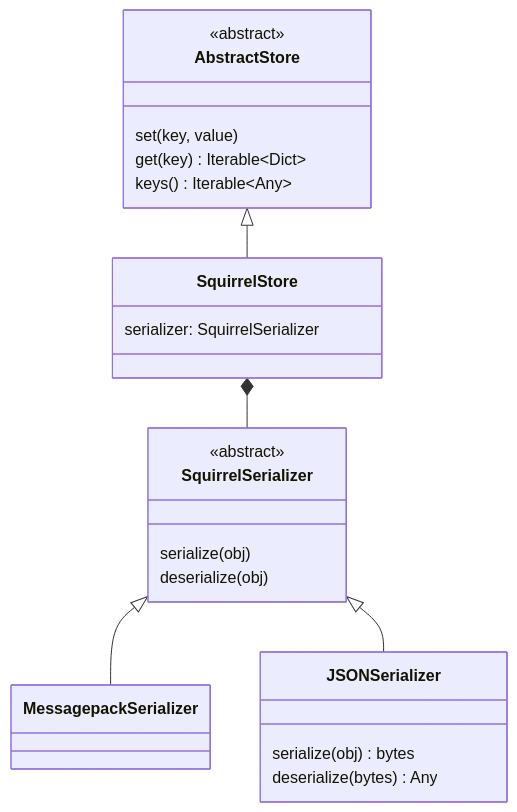
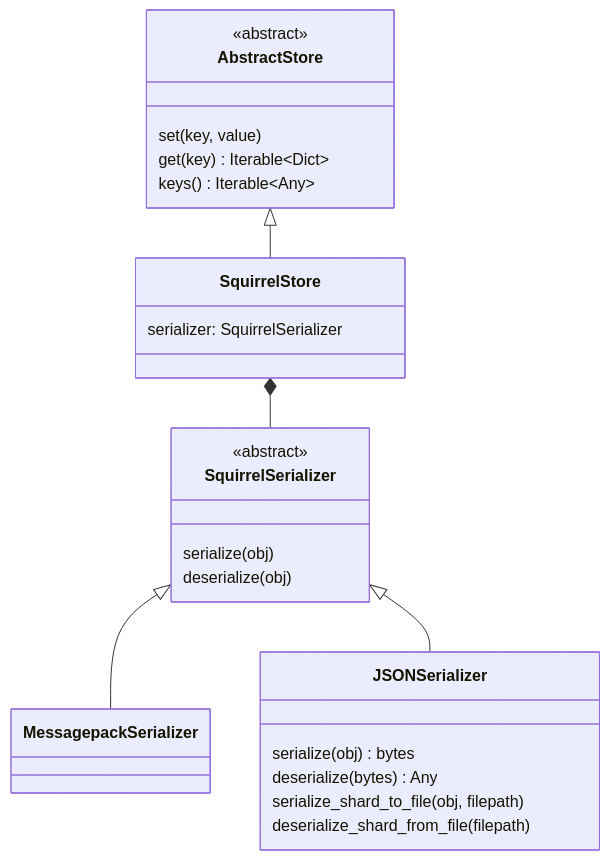
Before and after one commit to merantix-momentum/squirrel-core: the diagram in docs/advanced/store.rst, drawn with Mermaid. The commit also changed other lines of this file and 2 other files, not shown here.

```diff
--- a/docs/advanced/store.rst
+++ b/docs/advanced/store.rst
@@ -7,36 +7,38 @@
 .. mermaid::
 
     classDiagram
 
         AbstractStore <|-- SquirrelStore
         SquirrelStore *-- SquirrelSerializer
         SquirrelSerializer <|-- MessagepackSerializer
         SquirrelSerializer <|-- JSONSerializer
         <<abstract>> AbstractStore
         class AbstractStore {
 
             set(key, value)
             get(key) Iterable~Dict~
             keys() Iterable~Any~
         }
 
        class SquirrelStore {
            serializer: SquirrelSerializer
 
        }
         <<abstract>> SquirrelSerializer
        class SquirrelSerializer {
 
         serialize(obj)
         deserialize(obj)
        }
 
        class MessagepackSerializer {
 
        }
 
        class JSONSerializer {
 
            serialize(obj) bytes
            deserialize(bytes) Any
+           serialize_shard_to_file(obj, filepath)
+           deserialize_shard_from_file(filepath)
        }
```
